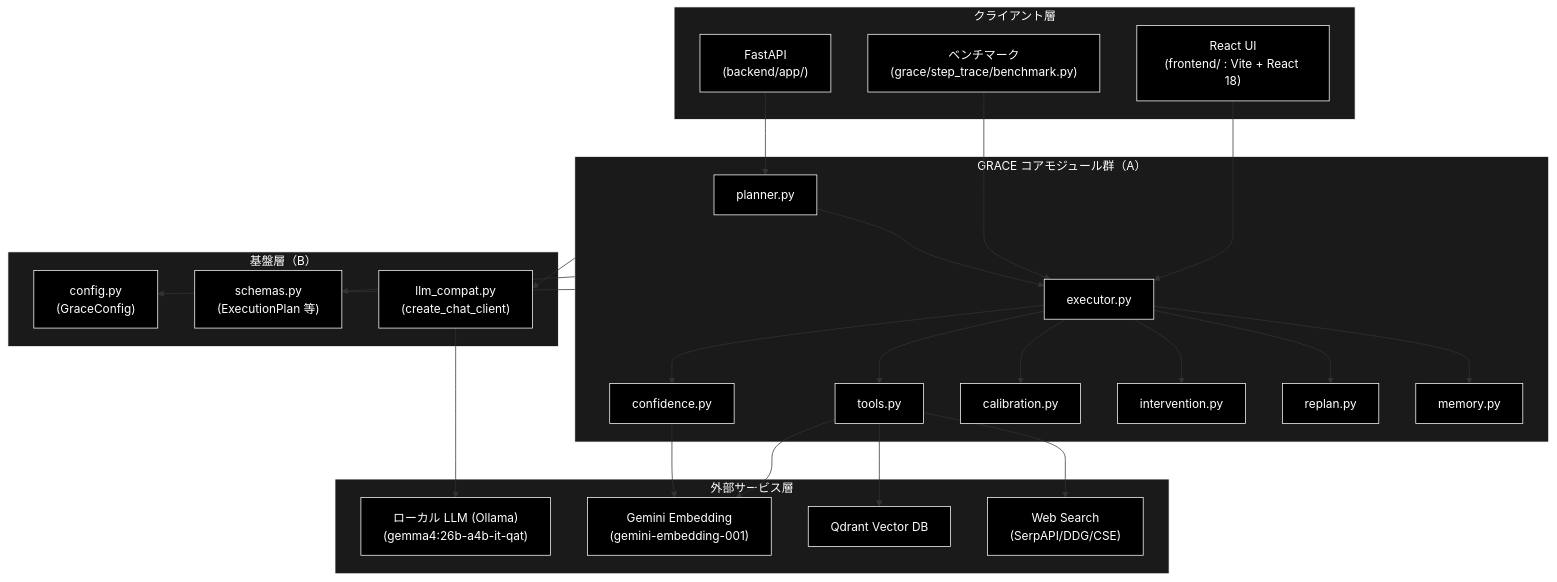
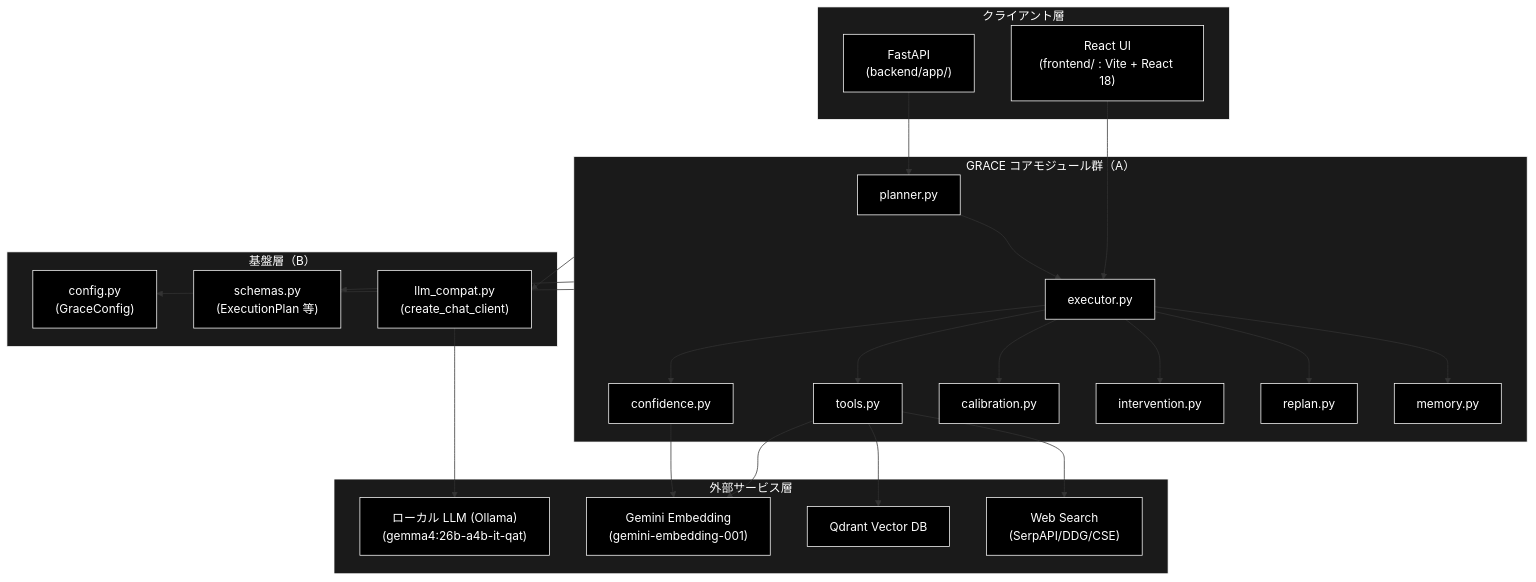
The second of 6 diagrams in grace/docs/grace_core.md (nakashima2toshio/grace_v2_local), drawn with Mermaid before and after one commit. The commit also changed other lines of this file and 16 other files, not shown here.

First line of the commit message:
refactor: grace/step_trace/ をディレクトリごと削除し、参照と文書構成の区分表を更新

````diff
--- a/grace/docs/grace_core.md
+++ b/grace/docs/grace_core.md
@@ -146,60 +146,58 @@
 ```mermaid
 flowchart TB
     subgraph CLIENT["クライアント層"]
         UI["React UI<br>(frontend/ : Vite + React 18)"]
-        BENCH["ベンチマーク<br>(grace/step_trace/benchmark.py)"]
         API["FastAPI<br>(backend/app/)"]
     end
 
     subgraph CORE["GRACE コアモジュール群（A）"]
         PLANNER["planner.py"]
         EXECUTOR["executor.py"]
         TOOLS["tools.py"]
         CONFIDENCE["confidence.py"]
         CALIBRATION["calibration.py"]
         INTERVENTION["intervention.py"]
         REPLAN["replan.py"]
         MEMORY["memory.py"]
     end
 
     subgraph FOUND["基盤層（B）"]
         CONFIG["config.py<br>(GraceConfig)"]
         SCHEMAS["schemas.py<br>(ExecutionPlan 等)"]
         LLMCOMPAT["llm_compat.py<br>(create_chat_client)"]
     end
 
     subgraph EXTERNAL["外部サービス層"]
         OLLAMA["ローカル LLM (Ollama)<br>(gemma4:26b-a4b-it-qat)"]
         GEMINI["Gemini Embedding<br>(gemini-embedding-001)"]
         QDRANT["Qdrant Vector DB"]
         WEB["Web Search<br>(SerpAPI/DDG/CSE)"]
     end
 
     UI --> EXECUTOR
-    BENCH --> EXECUTOR
     API --> PLANNER
     PLANNER --> EXECUTOR
     EXECUTOR --> TOOLS
     EXECUTOR --> CONFIDENCE
     EXECUTOR --> CALIBRATION
     EXECUTOR --> INTERVENTION
     EXECUTOR --> REPLAN
     EXECUTOR --> MEMORY
 
     CORE --> CONFIG
     CORE --> SCHEMAS
     CORE --> LLMCOMPAT
 
     LLMCOMPAT --> OLLAMA
     TOOLS --> GEMINI
     CONFIDENCE --> GEMINI
     TOOLS --> QDRANT
     TOOLS --> WEB
 classDef default fill:#000,stroke:#fff,color:#fff
 classDef subgraphStyle fill:#1a1a1a,stroke:#fff,color:#fff
-class UI,BENCH,API,PLANNER,EXECUTOR,TOOLS,CONFIDENCE,CALIBRATION,INTERVENTION,REPLAN,MEMORY,CONFIG,SCHEMAS,LLMCOMPAT,OLLAMA,GEMINI,QDRANT,WEB default
+class UI,API,PLANNER,EXECUTOR,TOOLS,CONFIDENCE,CALIBRATION,INTERVENTION,REPLAN,MEMORY,CONFIG,SCHEMAS,LLMCOMPAT,OLLAMA,GEMINI,QDRANT,WEB default
 style CLIENT fill:#1a1a1a,stroke:#fff,color:#fff
 style CORE fill:#1a1a1a,stroke:#fff,color:#fff
 style FOUND fill:#1a1a1a,stroke:#fff,color:#fff
 style EXTERNAL fill:#1a1a1a,stroke:#fff,color:#fff
 ```
````
